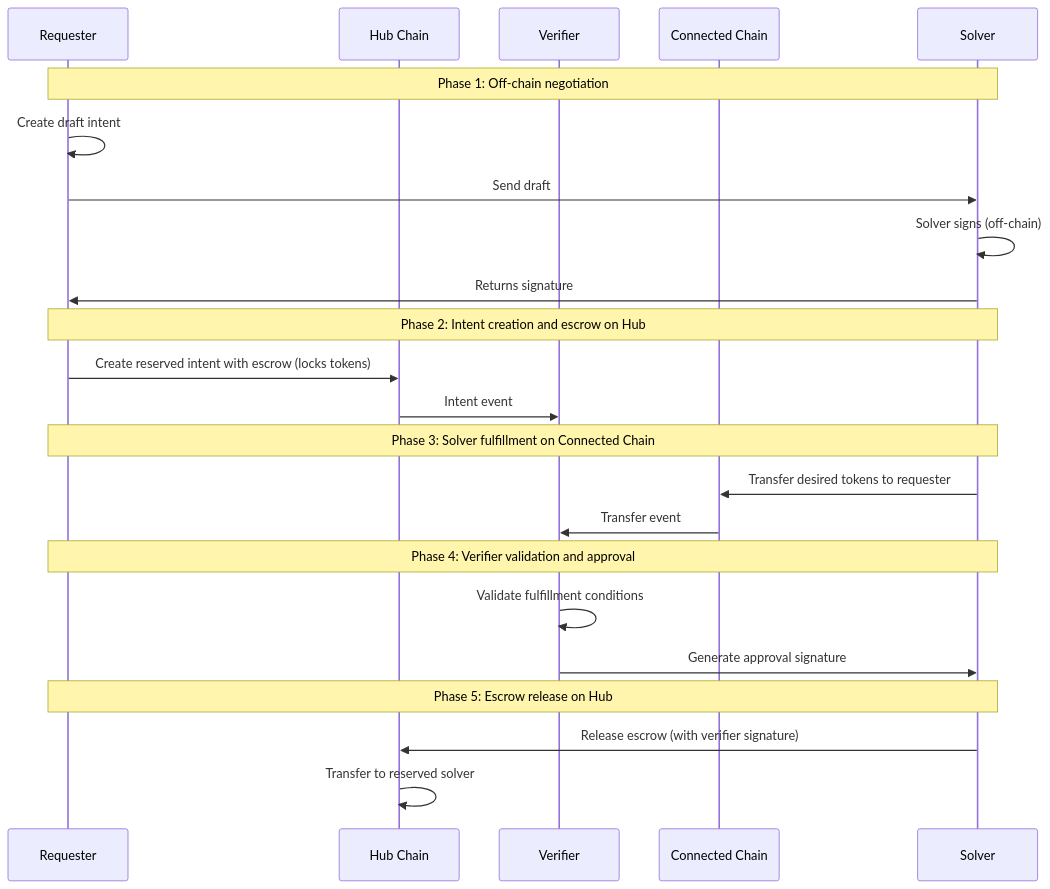
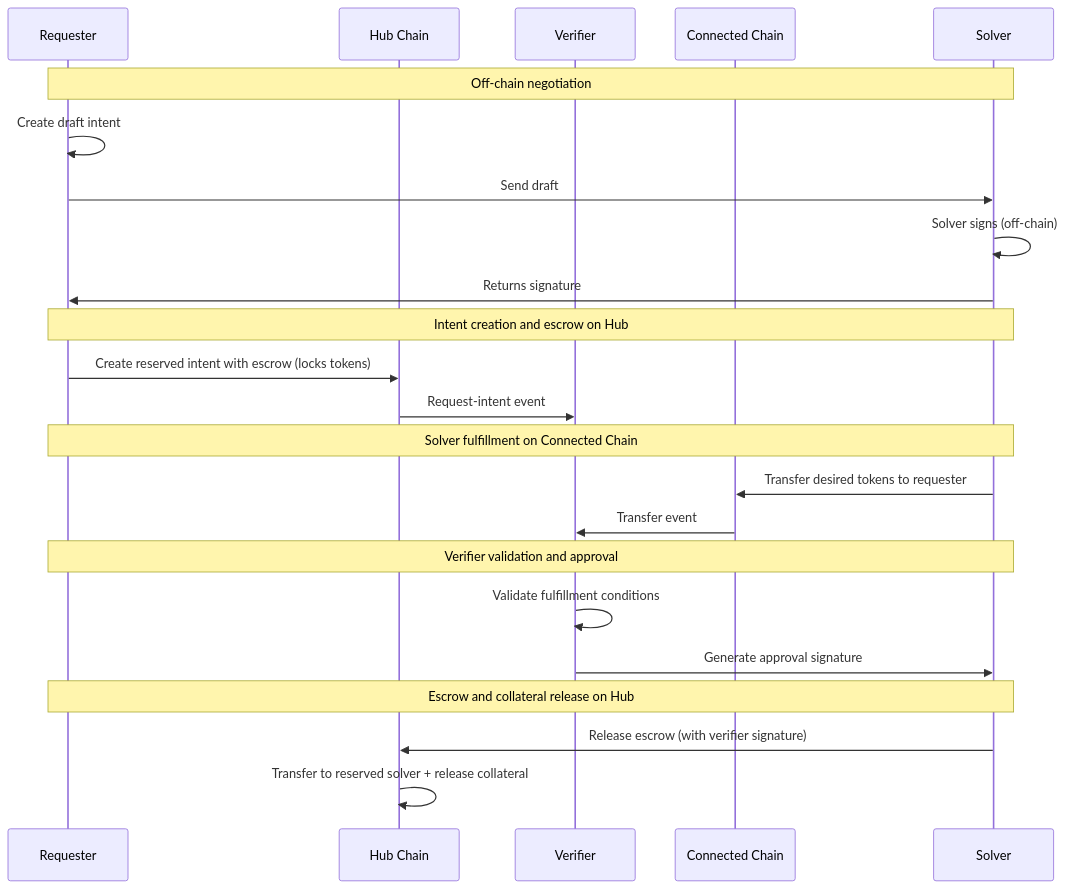
One commit to movementlabsxyz/intent-framework changed the diagram in .taskmaster/docs/conception/conception_outflow.md. Above: the diagram before and after it, drawn with Mermaid. The commit also changed 3 other files, not shown here.

````diff
--- a/.taskmaster/docs/conception/conception_outflow.md
+++ b/.taskmaster/docs/conception/conception_outflow.md
@@ -15,30 +15,30 @@
 ```mermaid
 sequenceDiagram
     participant Requester
     participant Hub as Hub Chain
     participant Verifier
     participant Connected as Connected Chain
     participant Solver
 
-    Note over Requester,Solver: Phase 1: Off-chain negotiation
+    Note over Requester,Solver: Off-chain negotiation
     Requester->>Requester: Create draft intent
     Requester->>Solver: Send draft
     Solver->>Solver: Solver signs (off-chain)
     Solver->>Requester: Returns signature
 
-    Note over Requester,Solver: Phase 2: Intent creation and escrow on Hub
+    Note over Requester,Solver: Intent creation and escrow on Hub
     Requester->>Hub: Create reserved intent with escrow (locks tokens)
-    Hub->>Verifier: Intent event
+    Hub->>Verifier: Request-intent event
 
-    Note over Requester,Solver: Phase 3: Solver fulfillment on Connected Chain
+    Note over Requester,Solver: Solver fulfillment on Connected Chain
     Solver->>Connected: Transfer desired tokens to requester
     Connected->>Verifier: Transfer event
 
-    Note over Requester,Solver: Phase 4: Verifier validation and approval
+    Note over Requester,Solver: Verifier validation and approval
     Verifier->>Verifier: Validate fulfillment conditions
     Verifier->>Solver: Generate approval signature
 
-    Note over Requester,Solver: Phase 5: Escrow release on Hub
+    Note over Requester,Solver: Escrow and collateral release on Hub
     Solver->>Hub: Release escrow (with verifier signature)
-    Hub->>Hub: Transfer to reserved solver
+    Hub->>Hub: Transfer to reserved solver + release collateral
 ```
````
